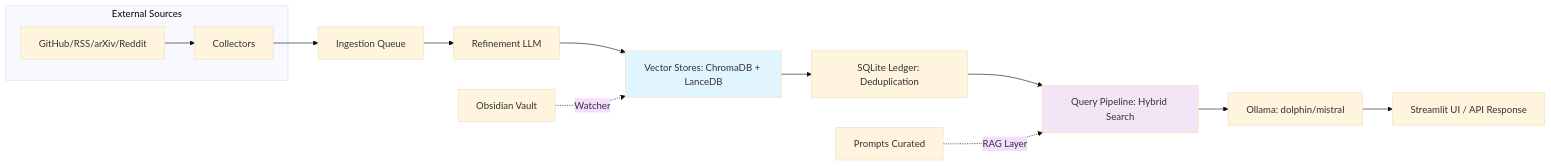
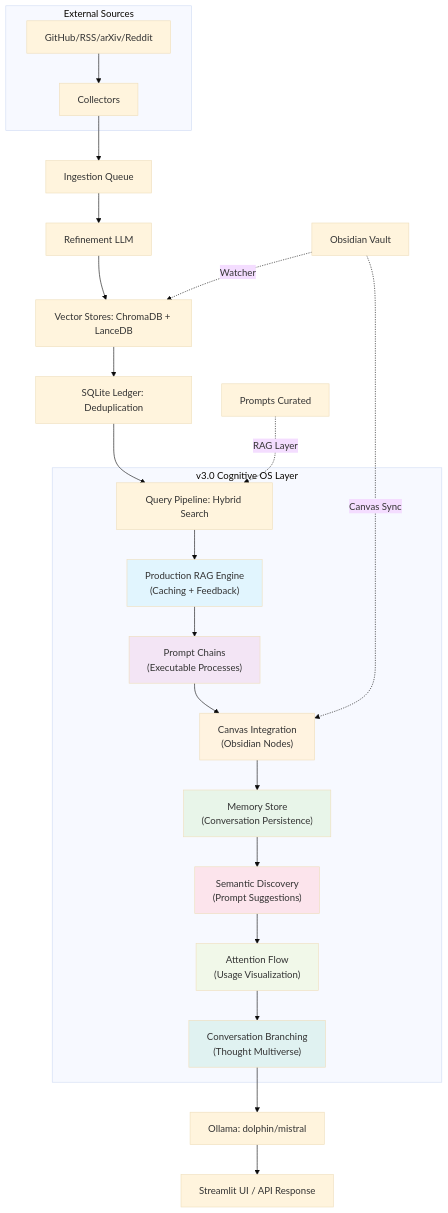
Before and after one commit to ianmxaof/llm-rag-os: the diagram in README.md, drawn with Mermaid (base theme). The commit also changed other lines of this file, not shown here.

First line of the commit message:
docs: Update README for v3.0 Cognitive Operating System

````diff
--- a/README.md
+++ b/README.md
@@ -120,17 +147,37 @@
 ```mermaid
-graph LR
+graph TB
     subgraph "External Sources"
         A[GitHub/RSS/arXiv/Reddit] --> B[Collectors]
     end
+    
     B --> C[Ingestion Queue]
     C --> D[Refinement LLM]
     D --> E["Vector Stores: ChromaDB + LanceDB"]
     E --> F["SQLite Ledger: Deduplication"]
     F --> G["Query Pipeline: Hybrid Search"]
-    G --> H["Ollama: dolphin/mistral"]
-    H --> I[Streamlit UI / API Response]
-    J[Obsidian Vault] -.->|Watcher| E
-    K[Prompts Curated] -.->|RAG Layer| G
-    style E fill:#e1f5fe
-    style G fill:#f3e5f5
+    
+    subgraph "v3.0 Cognitive OS Layer"
+        G --> H["Production RAG Engine<br/>(Caching + Feedback)"]
+        H --> I["Prompt Chains<br/>(Executable Processes)"]
+        I --> J["Canvas Integration<br/>(Obsidian Nodes)"]
+        J --> K["Memory Store<br/>(Conversation Persistence)"]
+        K --> L["Semantic Discovery<br/>(Prompt Suggestions)"]
+        L --> M["Attention Flow<br/>(Usage Visualization)"]
+        M --> N["Conversation Branching<br/>(Thought Multiverse)"]
+    end
+    
+    N --> O["Ollama: dolphin/mistral"]
+    O --> P[Streamlit UI / API Response]
+    
+    Q[Obsidian Vault] -.->|Watcher| E
+    Q -.->|Canvas Sync| J
+    R[Prompts Curated] -.->|RAG Layer| G
+    
+    style H fill:#e1f5fe
+    style I fill:#f3e5f5
+    style J fill:#fff3e0
+    style K fill:#e8f5e9
+    style L fill:#fce4ec
+    style M fill:#f1f8e9
+    style N fill:#e0f2f1
 ```
````
